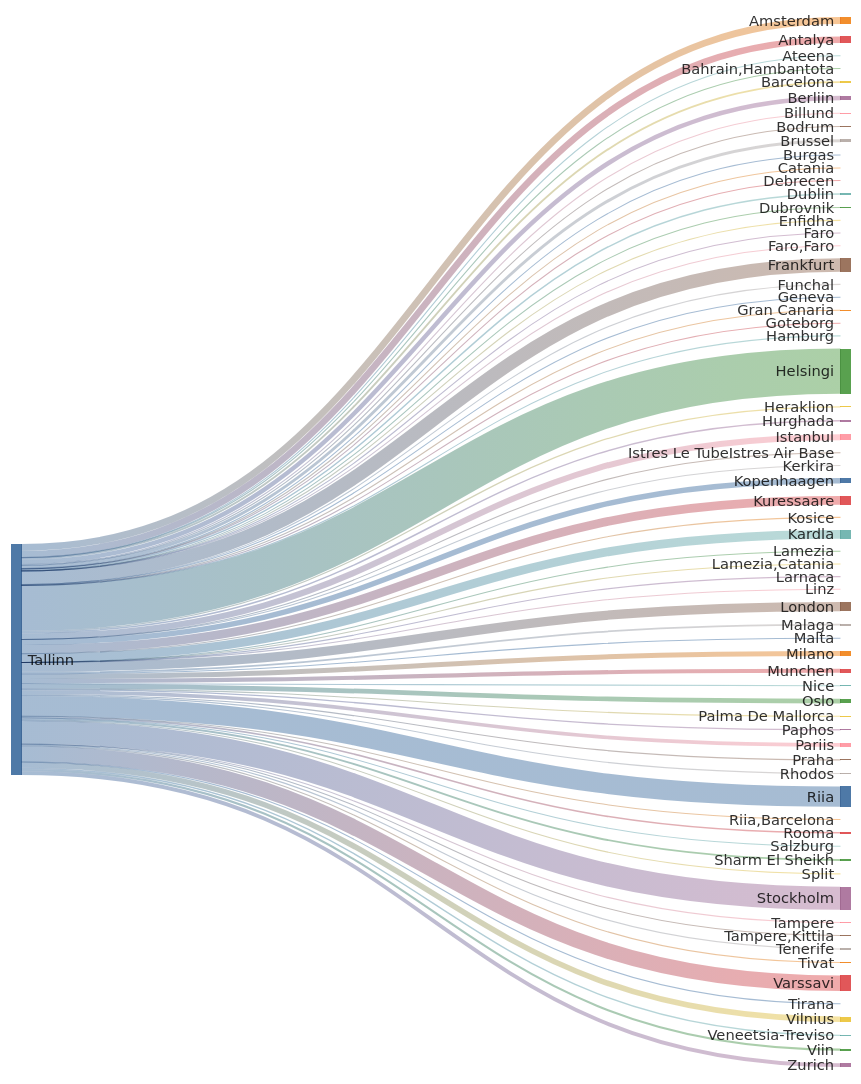
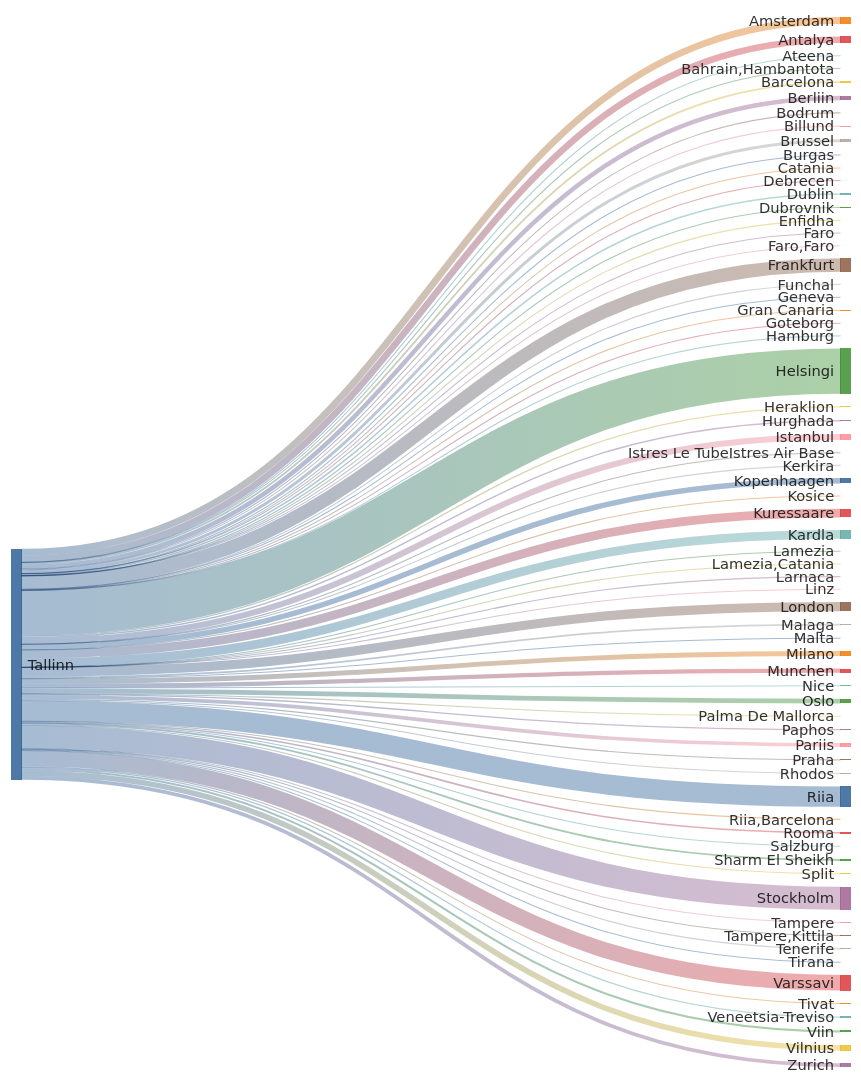
The second of 2 diagrams in README.md (rainermesi/tll-airport-departures), drawn with Mermaid before and after one commit. The commit also changed other lines of this file and 1 other file, not shown here.

````diff
--- a/README.md
+++ b/README.md
@@ -34,79 +34,79 @@
 ```mermaid
 ---
 config:
   sankey:
     showValues: false
     width: 800
     height: 1000
 ---
 sankey-beta
 %% source,target,value
-Tallinn,Amsterdam,343
-Tallinn,Antalya,333
+Tallinn,Amsterdam,345
+Tallinn,Antalya,334
 Tallinn,Ateena,16
 Tallinn,"Bahrain,Hambantota",1
 Tallinn,Barcelona,95
-Tallinn,Berliin,226
+Tallinn,Berliin,228
 Tallinn,Billund,56
 Tallinn,Bodrum,11
-Tallinn,Brussel,147
+Tallinn,Brussel,148
 Tallinn,Burgas,29
 Tallinn,Catania,2
 Tallinn,Debrecen,1
 Tallinn,Dublin,75
 Tallinn,Dubrovnik,21
 Tallinn,Enfidha,7
 Tallinn,Faro,4
 Tallinn,"Faro,Faro",1
-Tallinn,Frankfurt,679
+Tallinn,Frankfurt,682
 Tallinn,Funchal,5
 Tallinn,Geneva,13
 Tallinn,Gran Canaria,38
 Tallinn,Goteborg,1
 Tallinn,Hamburg,2
-Tallinn,Helsingi,2286
+Tallinn,Helsingi,2295
 Tallinn,Heraklion,60
 Tallinn,Hurghada,75
-Tallinn,Istanbul,305
+Tallinn,Istanbul,307
 Tallinn,Istres Le TubeIstres Air Base,2
 Tallinn,Kerkira,4
-Tallinn,Kopenhaagen,274
+Tallinn,Kopenhaagen,277
 Tallinn,Kosice,1
-Tallinn,Kuressaare,441
-Tallinn,Kardla,441
+Tallinn,Kuressaare,443
+Tallinn,Kardla,443
 Tallinn,Lamezia,1
 Tallinn,"Lamezia,Catania",3
 Tallinn,Larnaca,4
 Tallinn,Linz,2
-Tallinn,London,468
+Tallinn,London,469
 Tallinn,Malaga,89
 Tallinn,Malta,19
 Tallinn,Milano,252
-Tallinn,Munchen,213
+Tallinn,Munchen,215
 Tallinn,Nice,32
-Tallinn,Oslo,240
+Tallinn,Oslo,241
 Tallinn,Palma De Mallorca,23
 Tallinn,Paphos,66
-Tallinn,Pariis,187
+Tallinn,Pariis,189
 Tallinn,Praha,60
-Tallinn,Rhodos,39
-Tallinn,Riia,1030
+Tallinn,Rhodos,40
+Tallinn,Riia,1034
 Tallinn,"Riia,Barcelona",1
 Tallinn,Rooma,80
 Tallinn,Salzburg,14
 Tallinn,Sharm El Sheikh,94
 Tallinn,Split,33
-Tallinn,Stockholm,1167
+Tallinn,Stockholm,1172
 Tallinn,Tampere,17
 Tallinn,"Tampere,Kittila",21
 Tallinn,Tenerife,58
-Tallinn,Tirana,12
-Tallinn,Tivat,36
-Tallinn,Varssavi,792
+Tallinn,Tirana,13
+Tallinn,Tivat,37
+Tallinn,Varssavi,795
 Tallinn,Veneetsia-Treviso,67
 Tallinn,Viin,106
-Tallinn,Vilnius,282
-Tallinn,Zurich,193
+Tallinn,Vilnius,284
+Tallinn,Zurich,194
 
 
 ```
````
